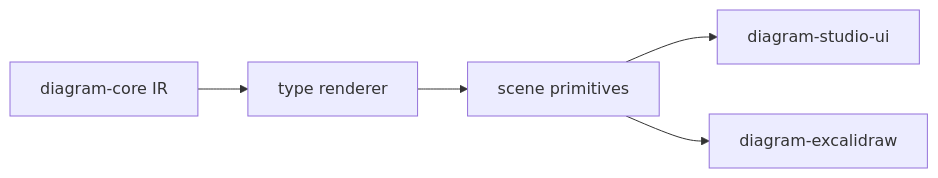
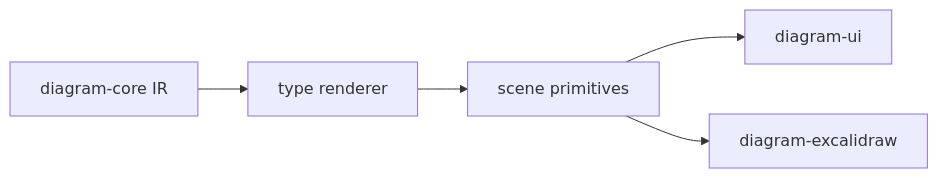
The diagram in packages/diagram/renderer/README.md (shpitdev/sketchi), drawn with Mermaid before and after one commit. The commit also changed 144 other files, not shown here.

Commit message:
refactor: rename shared diagram UI package (#225)

````diff
--- a/packages/diagram/renderer/README.md
+++ b/packages/diagram/renderer/README.md
@@ -5,7 +5,7 @@
 ```mermaid
 flowchart LR
   Core["diagram-core IR"] --> Layout["type renderer"]
   Layout --> Scene["scene primitives"]
-  Scene --> StudioUI["diagram-studio-ui"]
+  Scene --> StudioUI["diagram-ui"]
   Scene --> Excalidraw["diagram-excalidraw"]
 ```
````
